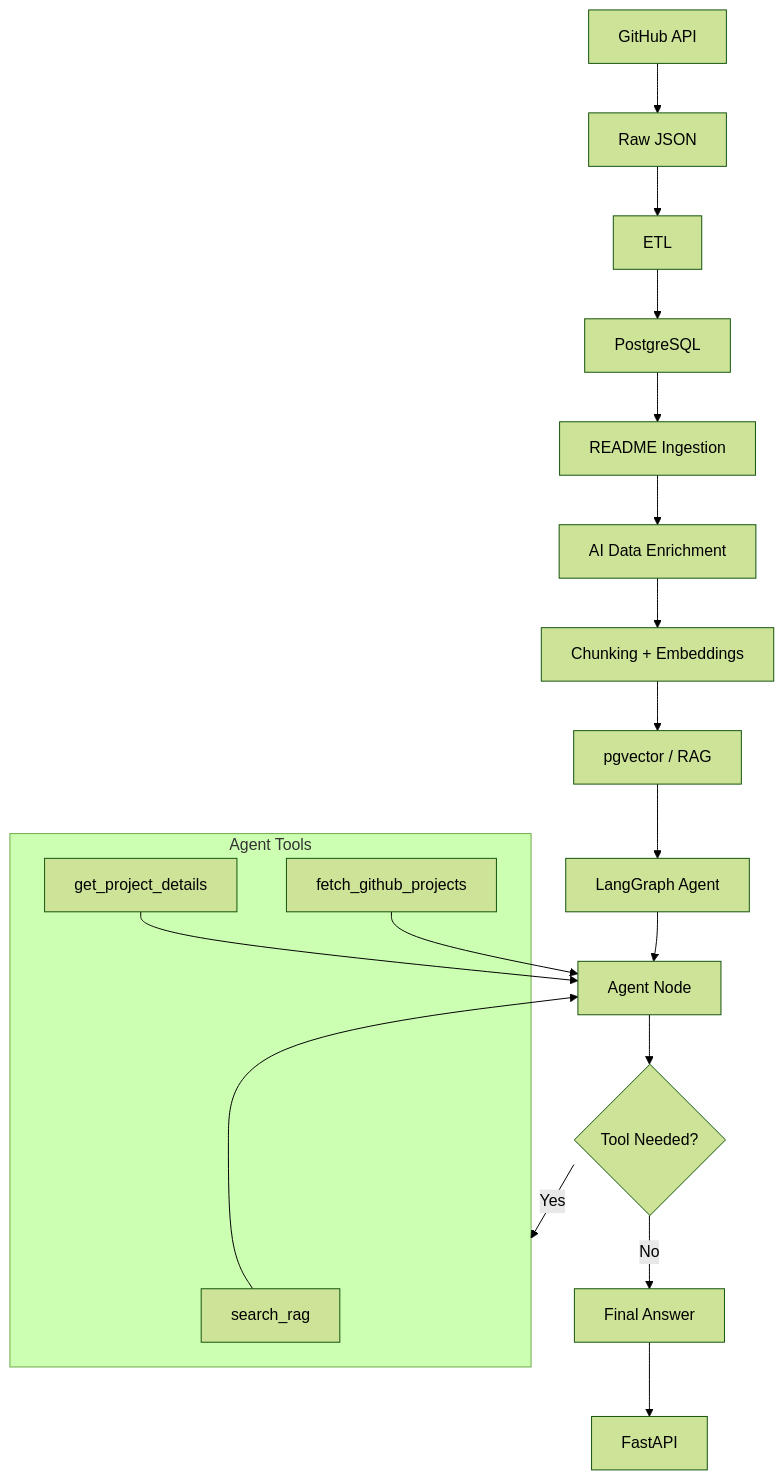
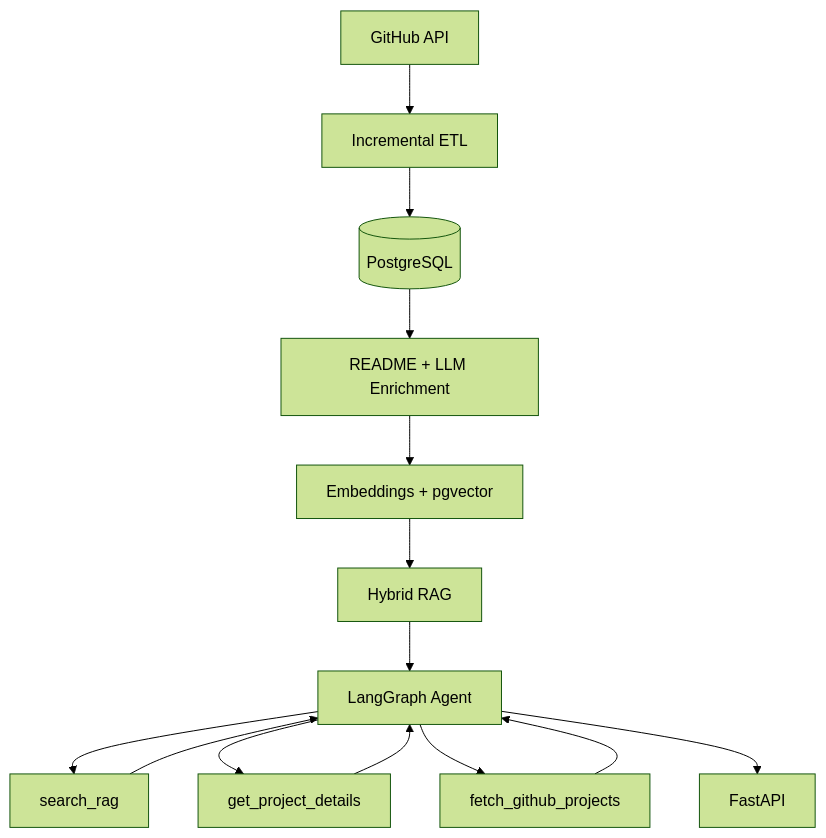
One commit to sylen111/Open-Source-Project-Intelligence changed the diagram in README.md. Above: the diagram before and after it, drawn with Mermaid (forest theme). The commit also changed other lines of this file and 2 other files, not shown here.

````diff
--- a/README.md
+++ b/README.md
@@ -39,29 +38,19 @@
 ```mermaid
 flowchart TD
-    A[GitHub API] --> B[Raw JSON]
-    B --> C[ETL]
-    C --> D[PostgreSQL]
-    D --> E[README Ingestion]
-    E --> F[AI Data Enrichment]
-    F --> G[Chunking + Embeddings]
-    G --> H[pgvector / RAG]
+    A[GitHub API] --> B[Incremental ETL]
+    B --> C[(PostgreSQL)]
+    C --> D[README + LLM Enrichment]
+    D --> E[Embeddings + pgvector]
+    E --> F[Hybrid RAG]
+    F --> G[LangGraph Agent]
 
-    H --> I[LangGraph Agent]
-    I --> J[Agent Node]
-    J --> K{Tool Needed?}
+    G --> H[search_rag]
+    G --> I[get_project_details]
+    G --> J[fetch_github_projects]
 
-    K -->|Yes| L
-    K -->|No| P[Final Answer]
+    H --> G
+    I --> G
+    J --> G
 
-    subgraph L[Agent Tools]
-        M[search_rag]
-        N[get_project_details]
-        O[fetch_github_projects]
-    end
-
-    M --> J
-    N --> J
-    O --> J
-
-    P --> Q[FastAPI]
+    G --> K[FastAPI]
 ```
````
